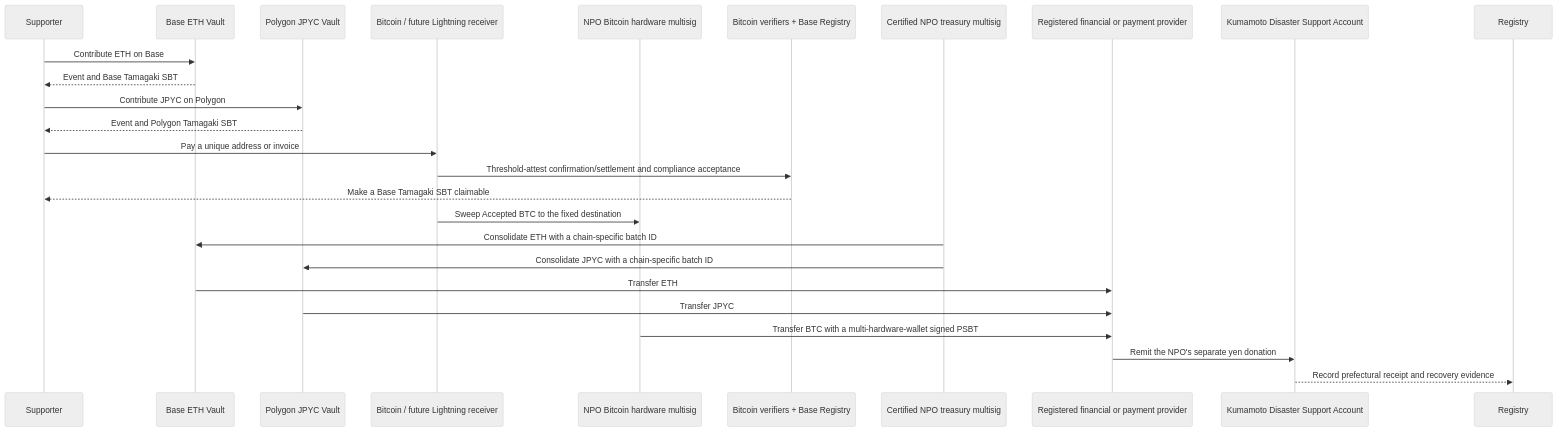
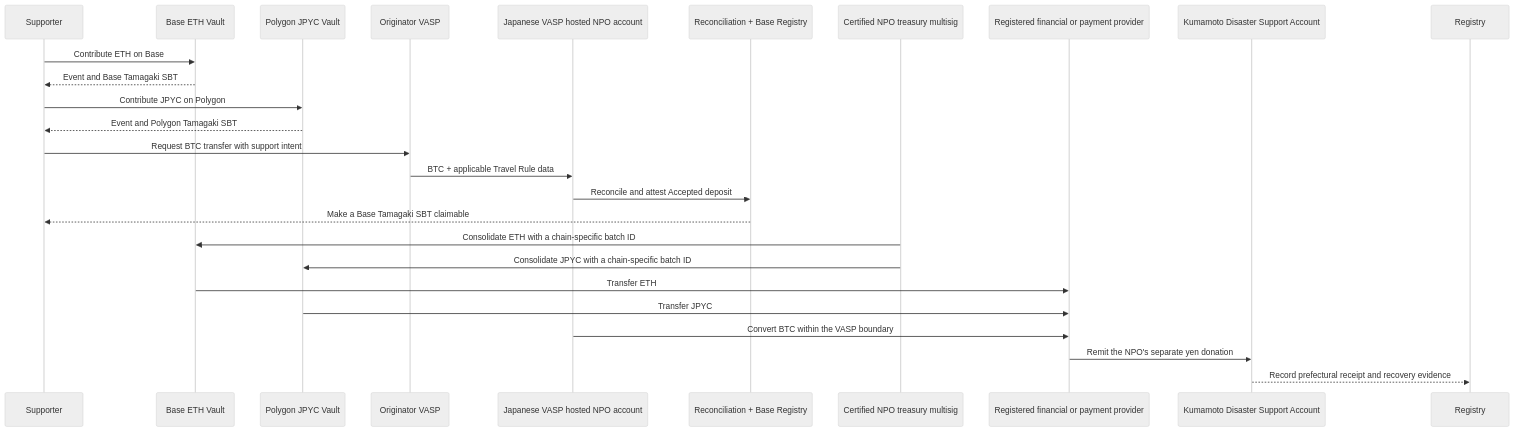
One commit to ShigeichiroYamasaki/yui-no-kaki-kumamoto changed the diagram in docs/en/fund-flow.md. Above: the diagram before and after it, drawn with Mermaid (neutral theme). The commit also changed other lines of this file and 17 other files, not shown here.

Commit message:
Adopt VASP-hosted Bitcoin intake

````diff
--- a/docs/en/fund-flow.md
+++ b/docs/en/fund-flow.md
@@ -11,28 +11,28 @@
 ```mermaid
 sequenceDiagram
   participant S as Supporter
   participant BV as Base ETH Vault
   participant PV as Polygon JPYC Vault
-  participant BTC as Bitcoin / future Lightning receiver
-  participant BM as NPO Bitcoin hardware multisig
-  participant BR as Bitcoin verifiers + Base Registry
+  participant OV as Originator VASP
+  participant BTC as Japanese VASP hosted NPO account
+  participant BR as Reconciliation + Base Registry
   participant O as Certified NPO treasury multisig
   participant E as Registered financial or payment provider
   participant K as Kumamoto Disaster Support Account
   participant R as Registry
   S->>BV: Contribute ETH on Base
   BV-->>S: Event and Base Tamagaki SBT
   S->>PV: Contribute JPYC on Polygon
   PV-->>S: Event and Polygon Tamagaki SBT
-  S->>BTC: Pay a unique address or invoice
-  BTC->>BR: Threshold-attest confirmation/settlement and compliance acceptance
+  S->>OV: Request BTC transfer with support intent
+  OV->>BTC: BTC + applicable Travel Rule data
+  BTC->>BR: Reconcile and attest Accepted deposit
   BR-->>S: Make a Base Tamagaki SBT claimable
-  BTC->>BM: Sweep Accepted BTC to the fixed destination
   O->>BV: Consolidate ETH with a chain-specific batch ID
   O->>PV: Consolidate JPYC with a chain-specific batch ID
   BV->>E: Transfer ETH
   PV->>E: Transfer JPYC
-  BM->>E: Transfer BTC with a multi-hardware-wallet signed PSBT
+  BTC->>E: Convert BTC within the VASP boundary
   E->>K: Remit the NPO's separate yen donation
   K-->>R: Record prefectural receipt and recovery evidence
 ```
````
